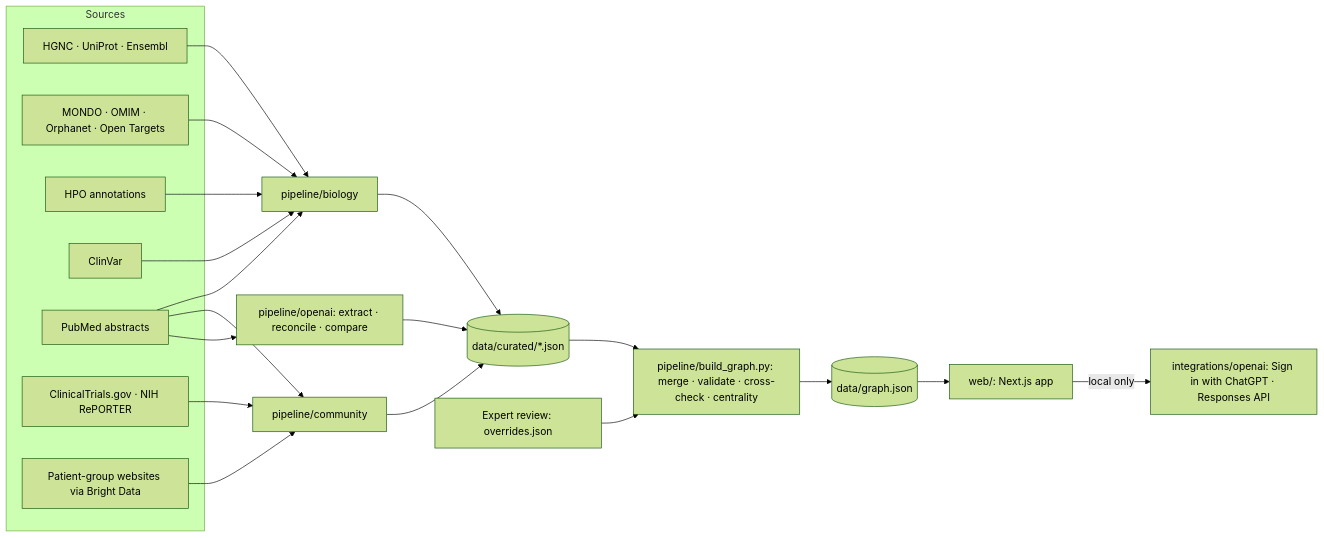
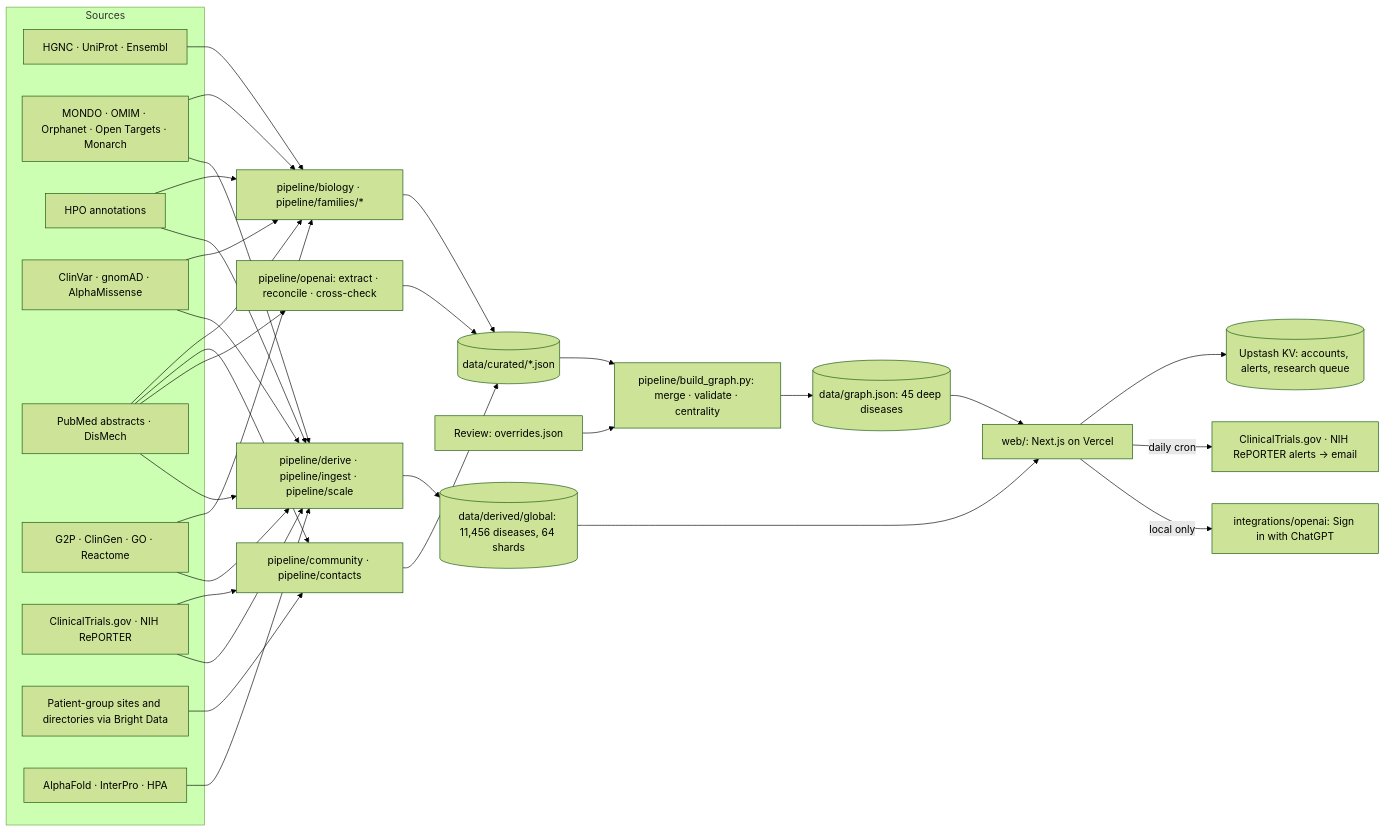
The diagram in README.md (K14-coder/phenotech), drawn with Mermaid (forest theme) before and after one commit. The commit also changed other lines of this file and 1 other file, not shown here.

````diff
--- a/README.md
+++ b/README.md
@@ -95,23 +141,30 @@
 ```mermaid
 flowchart LR
   subgraph Sources
     A[HGNC · UniProt · Ensembl]
-    B[MONDO · OMIM · Orphanet · Open Targets]
+    B[MONDO · OMIM · Orphanet · Open Targets · Monarch]
     C[HPO annotations]
-    D[ClinVar]
-    E[PubMed abstracts]
-    F[ClinicalTrials.gov · NIH RePORTER]
-    G[Patient-group websites via Bright Data]
+    D[ClinVar · gnomAD · AlphaMissense]
+    E[PubMed abstracts · DisMech]
+    F[G2P · ClinGen · GO · Reactome]
+    G[ClinicalTrials.gov · NIH RePORTER]
+    H[Patient-group sites and directories via Bright Data]
+    I[AlphaFold · InterPro · HPA]
   end
-  A & B & C & D & E --> BIO[pipeline/biology]
-  E & F & G --> COM[pipeline/community]
-  E --> OAI[pipeline/openai: extract · reconcile · compare]
-  BIO --> CUR[(data/curated/*.json)]
+  A & B & C & D & E & F --> FAM[pipeline/biology · pipeline/families/*]
+  E & G & H --> COM[pipeline/community · pipeline/contacts]
+  E --> OAI[pipeline/openai: extract · reconcile · cross-check]
+  FAM --> CUR[(data/curated/*.json)]
   COM --> CUR
   OAI --> CUR
-  REV[Expert review: overrides.json] --> BUILD
-  CUR --> BUILD[pipeline/build_graph.py: merge · validate · cross-check · centrality]
-  BUILD --> GRAPH[(data/graph.json)]
-  GRAPH --> WEB[web/: Next.js app]
-  WEB -->|local only| LLM[integrations/openai: Sign in with ChatGPT · Responses API]
+  REV[Review: overrides.json] --> BUILD
+  CUR --> BUILD[pipeline/build_graph.py: merge · validate · centrality]
+  BUILD --> GRAPH[(data/graph.json: 45 deep diseases)]
+  B & C & D & E & F & G --> GLOB[pipeline/derive · pipeline/ingest · pipeline/scale]
+  I --> GLOB
+  GLOB --> SHARDS[(data/derived/global: 11,456 diseases, 64 shards)]
+  GRAPH & SHARDS --> WEB[web/: Next.js on Vercel]
+  WEB --> KV[(Upstash KV: accounts, alerts, research queue)]
+  WEB -->|daily cron| LIVE[ClinicalTrials.gov · NIH RePORTER alerts → email]
+  WEB -->|local only| LLM[integrations/openai: Sign in with ChatGPT]
 ```
````
